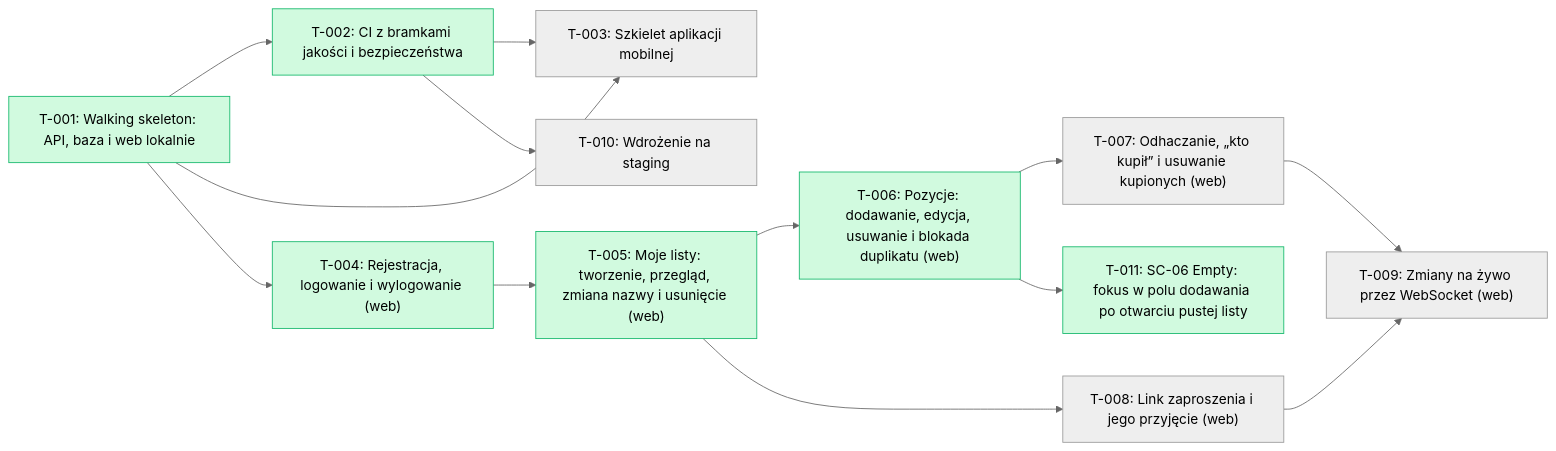
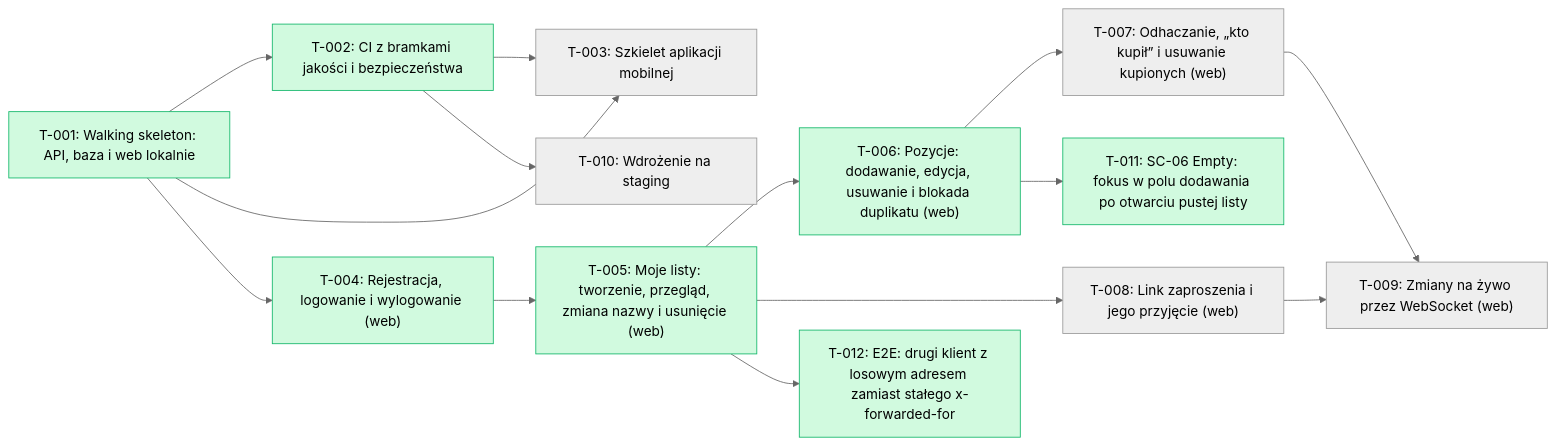
Before and after one commit to tombraz/lista-zakupow: the diagram in docs/backlog/index.md, drawn with Mermaid (neutral theme). The commit also changed other lines of this file and 1 other file, not shown here.

````diff
--- a/docs/backlog/index.md
+++ b/docs/backlog/index.md
@@ -20,30 +20,32 @@
 ```mermaid
 flowchart LR
   T_001["T-001: Walking skeleton: API, baza i web lokalnie"]:::done
   T_002["T-002: CI z bramkami jakości i bezpieczeństwa"]:::done
   T_003["T-003: Szkielet aplikacji mobilnej"]
   T_004["T-004: Rejestracja, logowanie i wylogowanie (web)"]:::done
   T_005["T-005: Moje listy: tworzenie, przegląd, zmiana nazwy i usunięcie (web)"]:::done
   T_006["T-006: Pozycje: dodawanie, edycja, usuwanie i blokada duplikatu (web)"]:::done
   T_007["T-007: Odhaczanie, „kto kupił” i usuwanie kupionych (web)"]
   T_008["T-008: Link zaproszenia i jego przyjęcie (web)"]
   T_009["T-009: Zmiany na żywo przez WebSocket (web)"]
   T_010["T-010: Wdrożenie na staging"]
   T_011["T-011: SC-06 Empty: fokus w polu dodawania po otwarciu pustej listy"]:::done
+  T_012["T-012: E2E: drugi klient z losowym adresem zamiast stałego x-forwarded-for"]:::done
   T_001 --> T_002
   T_001 --> T_003
   T_002 --> T_003
   T_001 --> T_004
   T_004 --> T_005
   T_005 --> T_006
   T_006 --> T_007
   T_005 --> T_008
   T_007 --> T_009
   T_008 --> T_009
   T_002 --> T_010
   T_006 --> T_011
+  T_005 --> T_012
   classDef done fill:#d1fadf,stroke:#12b76a
   classDef wip fill:#fef0c7,stroke:#f79009
   classDef qa fill:#e0eaff,stroke:#2970ff
   classDef blocked fill:#fee4e2,stroke:#f04438
 ```
````
